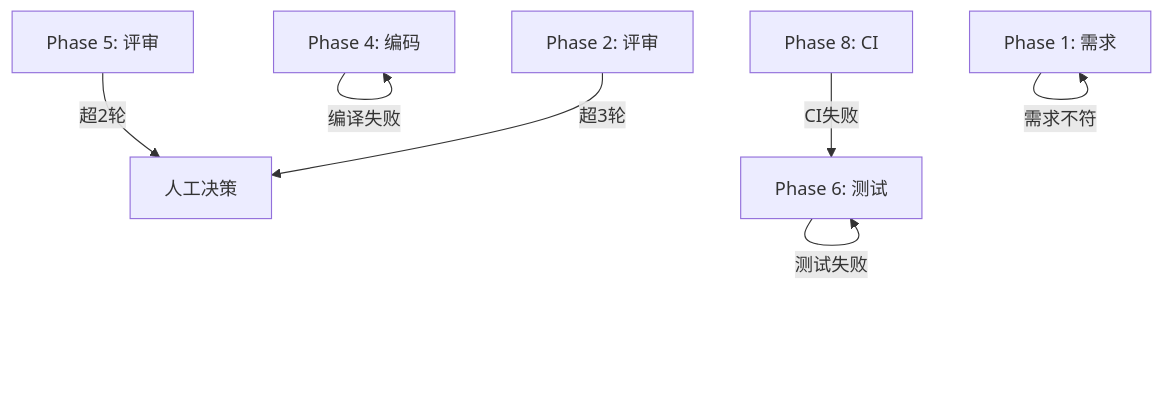
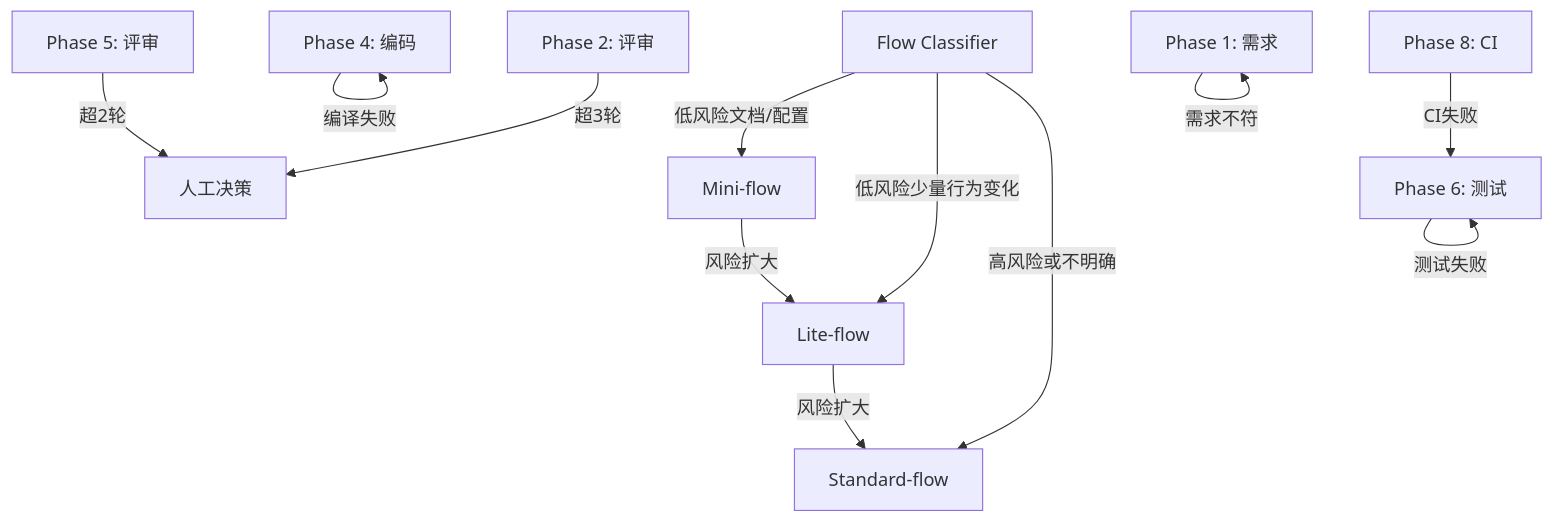
Before and after one commit to Jinwangithub/harness: the diagram in .harness/rules/02-development-workflow.md, drawn with Mermaid. The commit also changed other lines of this file and 9 other files, not shown here.

````diff
--- a/.harness/rules/02-development-workflow.md
+++ b/.harness/rules/02-development-workflow.md
@@ -204,9 +286,14 @@
 ```mermaid
 graph TD
+    FC[Flow Classifier] -->|低风险文档/配置| MINI[Mini-flow]
+    FC -->|低风险少量行为变化| LITE[Lite-flow]
+    FC -->|高风险或不明确| STD[Standard-flow]
+    MINI -->|风险扩大| LITE
+    LITE -->|风险扩大| STD
     P4[Phase 4: 编码] -->|编译失败| P4
     P6[Phase 6: 测试] -->|测试失败| P6
     P8[Phase 8: CI] -->|CI失败| P6
     P1[Phase 1: 需求] -->|需求不符| P1
     P5[Phase 5: 评审] -->|超2轮| Human[人工决策]
     P2[Phase 2: 评审] -->|超3轮| Human
 ```
````
